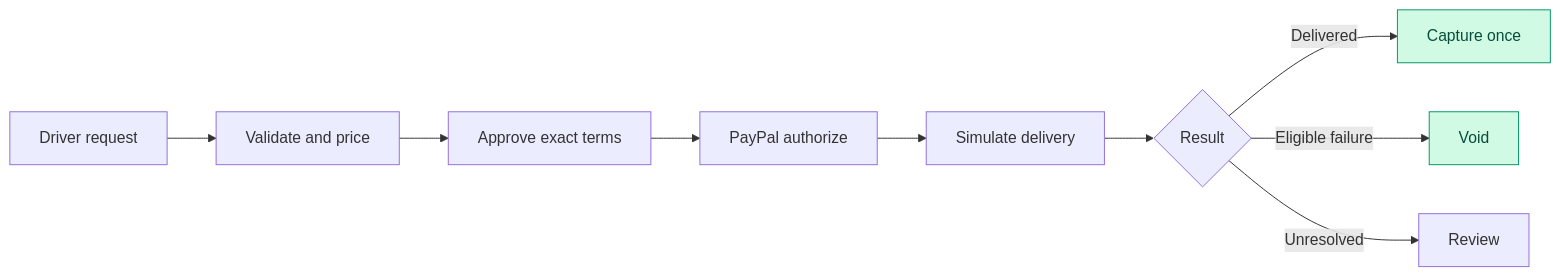
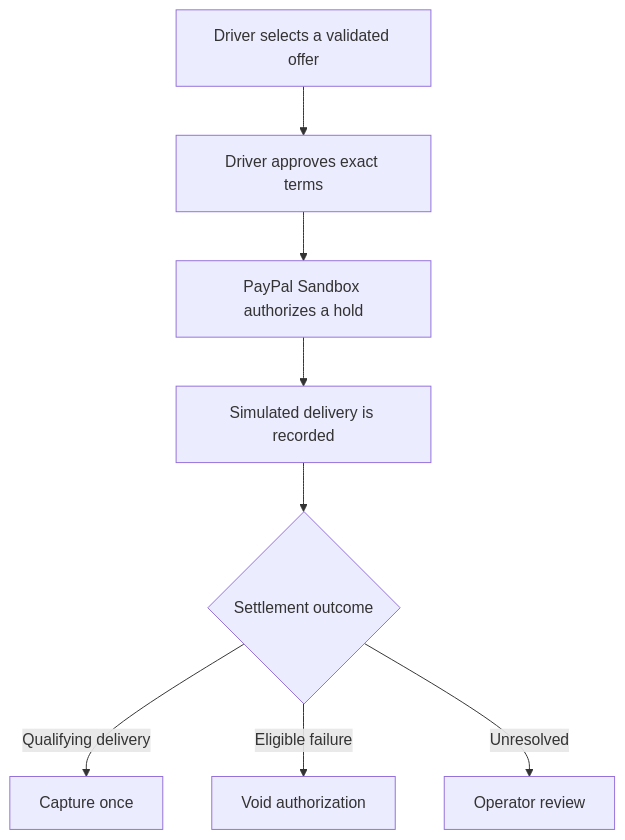
The first of 3 diagrams in README.md (piyusha-sayal/gridwindow-flexpay), drawn with Mermaid before and after one commit. The commit also changed other lines of this file, not shown here.

````diff
--- a/README.md
+++ b/README.md
@@ -153,13 +109,10 @@
 ```mermaid
-flowchart LR
-  A[Driver request] --> B[Validate and price]
-  B --> C[Approve exact terms]
-  C --> D[PayPal authorize]
-  D --> E[Simulate delivery]
-  E --> F{Result}
-  F -->|Delivered| G[Capture once]
-  F -->|Eligible failure| H[Void]
-  F -->|Unresolved| I[Review]
-  classDef good fill:#D1FAE5,stroke:#059669,color:#064E3B
-  class G,H good
+flowchart TB
+    A["Driver selects a validated offer"] --> B["Driver approves exact terms"]
+    B --> C["PayPal Sandbox authorizes a hold"]
+    C --> D["Simulated delivery is recorded"]
+    D --> E{"Settlement outcome"}
+    E -->|"Qualifying delivery"| F["Capture once"]
+    E -->|"Eligible failure"| G["Void authorization"]
+    E -->|"Unresolved"| H["Operator review"]
 ```
````
